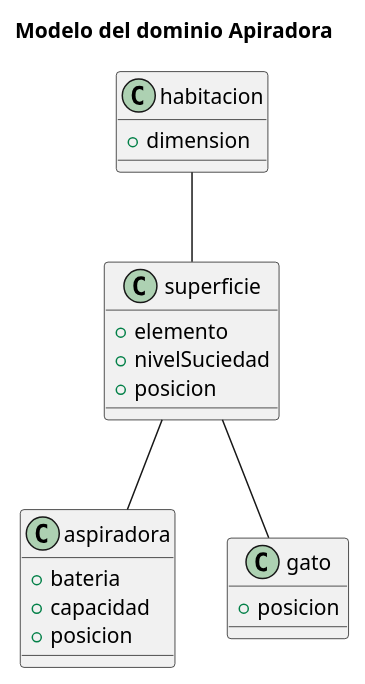
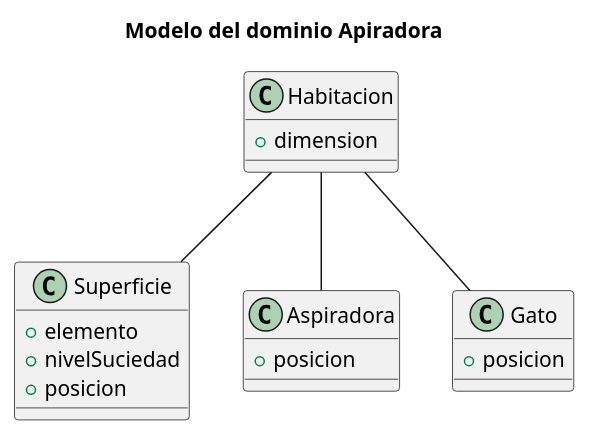
One commit to mmasias/23-24-IdSw2-SDD changed the diagram in modelosUML/DiagramaDelDominio.puml. Above: the diagram before and after it, drawn with PlantUML. The commit also changed 6 other files, not shown here.

Commit message:
feature/implement diagram model version001 and update readme

```diff
--- a/modelosUML/DiagramaDelDominio.puml
+++ b/modelosUML/DiagramaDelDominio.puml
@@ -1,33 +1,30 @@
-@startuml Modelo del dominio Ticket
-'https://plantuml.com/sequence-diagram
+@startuml
 title Modelo del dominio Apiradora
 
-class superficie { 
+class Superficie { 
 
     +elemento
     +nivelSuciedad
     +posicion
 }
 
-class habitacion {
+class Habitacion {
 
     +dimension
 }
 
-class aspiradora {
+class Aspiradora {
 
-    +bateria
-    +capacidad
     +posicion
 }
 
-class gato {
+class Gato {
 
     +posicion 
 }
 
-habitacion -- superficie
-superficie -- aspiradora
-superficie -- gato
+Habitacion -- Superficie
+Habitacion -- Aspiradora
+Habitacion -- Gato
 
 @enduml
```
